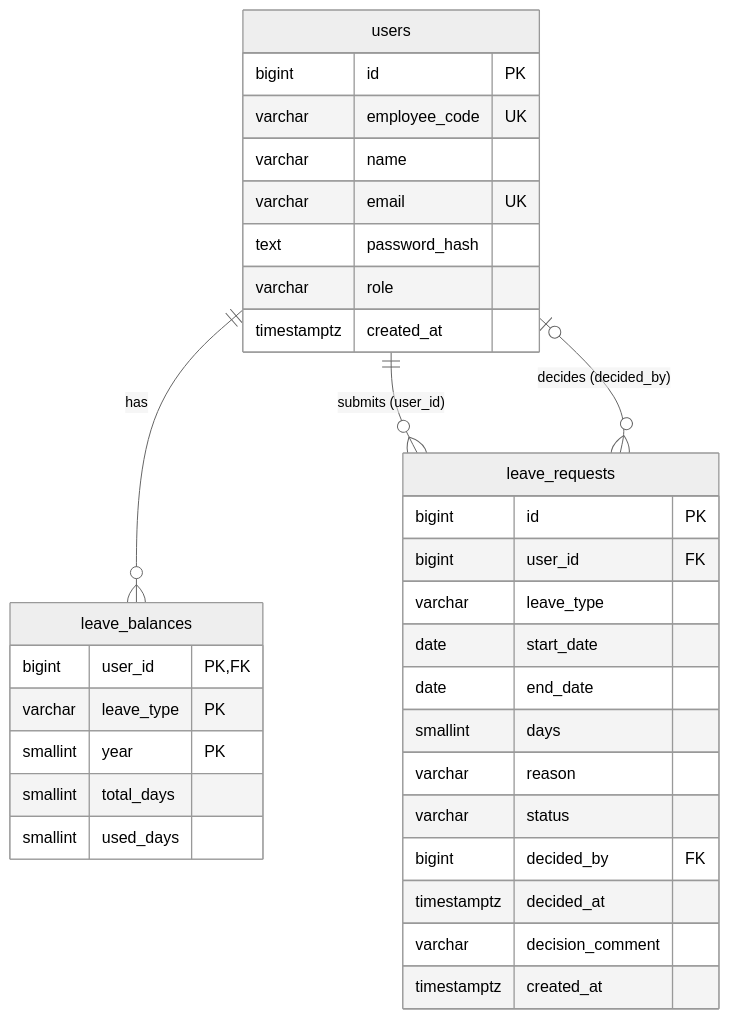
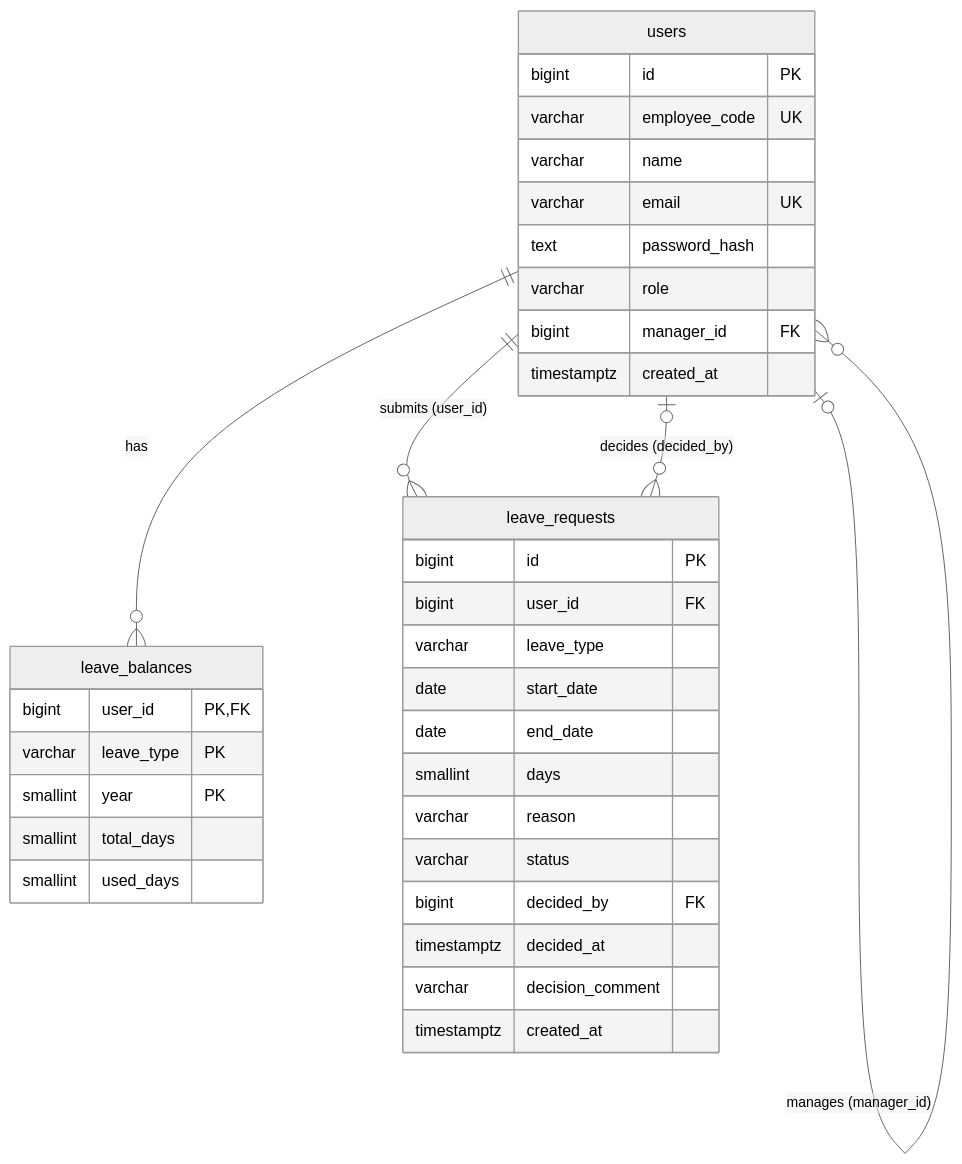
One commit to iconghost06/Leave-Management-MVP changed the diagram in DESIGN.md. Above: the diagram before and after it, drawn with Mermaid (neutral theme). The commit also changed other lines of this file and 18 other files, not shown here.

````diff
--- a/DESIGN.md
+++ b/DESIGN.md
@@ -179,36 +184,38 @@
 ```mermaid
 erDiagram
     users ||--o{ leave_balances : "has"
     users ||--o{ leave_requests : "submits (user_id)"
     users |o--o{ leave_requests : "decides (decided_by)"
+    users |o--o{ users : "manages (manager_id)"
     users {
         bigint id PK
         varchar employee_code UK
         varchar name
         varchar email UK
         text password_hash
         varchar role
+        bigint manager_id FK
         timestamptz created_at
     }
     leave_balances {
         bigint user_id PK,FK
         varchar leave_type PK
         smallint year PK
         smallint total_days
         smallint used_days
     }
     leave_requests {
         bigint id PK
         bigint user_id FK
         varchar leave_type
         date start_date
         date end_date
         smallint days
         varchar reason
         varchar status
         bigint decided_by FK
         timestamptz decided_at
         varchar decision_comment
         timestamptz created_at
     }
 ```
````
